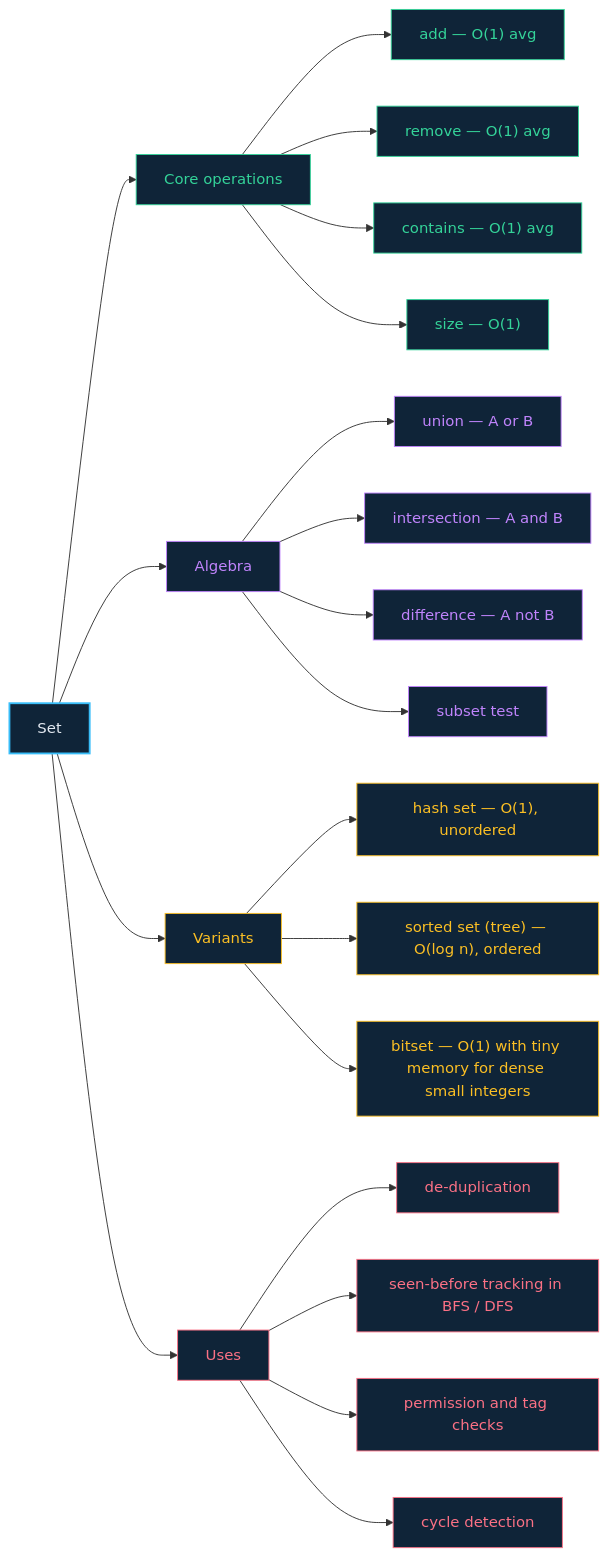
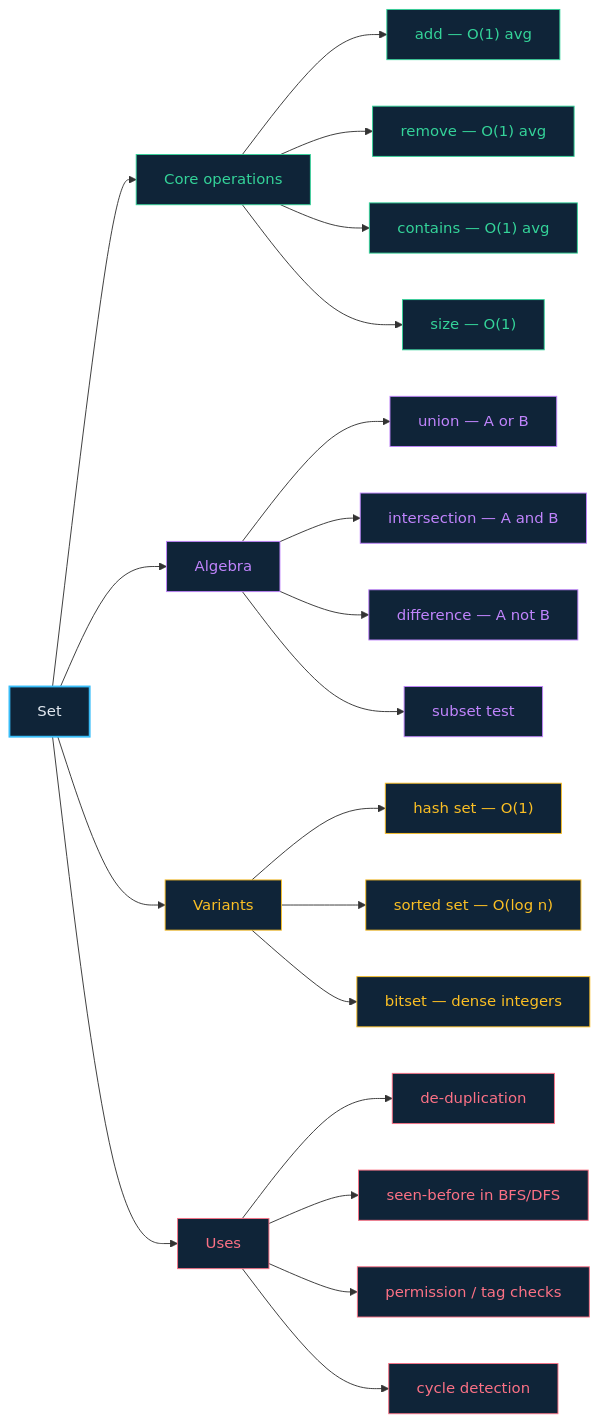
Before and after one commit to rajeshgoyalg/Learn-Data-Structures-and-Algorithms-Visually: the diagram in docs/08-sets.md, drawn with Mermaid. The commit also changed 21 other files, not shown here.

First line of the commit message:
Shorten every mermaid label so diagrams cannot overflow and clip

````diff
--- a/docs/08-sets.md
+++ b/docs/08-sets.md
@@ -39,37 +39,37 @@
 ```mermaid
 flowchart LR
   S["Set"] --> O["Core operations"]
   S --> A["Algebra"]
   S --> V["Variants"]
   S --> U["Uses"]
 
   O --> O1["add — O(1) avg"]
   O --> O2["remove — O(1) avg"]
   O --> O3["contains — O(1) avg"]
   O --> O4["size — O(1)"]
 
   A --> A1["union — A or B"]
   A --> A2["intersection — A and B"]
   A --> A3["difference — A not B"]
   A --> A4["subset test"]
 
-  V --> V1["hash set — O(1), unordered"]
-  V --> V2["sorted set (tree) — O(log n), ordered"]
-  V --> V3["bitset — O(1) with tiny memory for dense small integers"]
+  V --> V1["hash set — O(1)"]
+  V --> V2["sorted set — O(log n)"]
+  V --> V3["bitset — dense integers"]
 
   U --> U1["de-duplication"]
-  U --> U2["seen-before tracking in BFS / DFS"]
-  U --> U3["permission and tag checks"]
+  U --> U2["seen-before in BFS/DFS"]
+  U --> U3["permission / tag checks"]
   U --> U4["cycle detection"]
 
   classDef root fill:#0f2438,stroke:#38bdf8,stroke-width:2px,color:#e2e8f0
   classDef o fill:#0f2438,stroke:#34d399,color:#34d399
   classDef a fill:#0f2438,stroke:#c084fc,color:#c084fc
   classDef v fill:#0f2438,stroke:#fbbf24,color:#fbbf24
   classDef u fill:#0f2438,stroke:#fb7185,color:#fb7185
   class S root
   class O,O1,O2,O3,O4 o
   class A,A1,A2,A3,A4 a
   class V,V1,V2,V3 v
   class U,U1,U2,U3,U4 u
 ```
````
